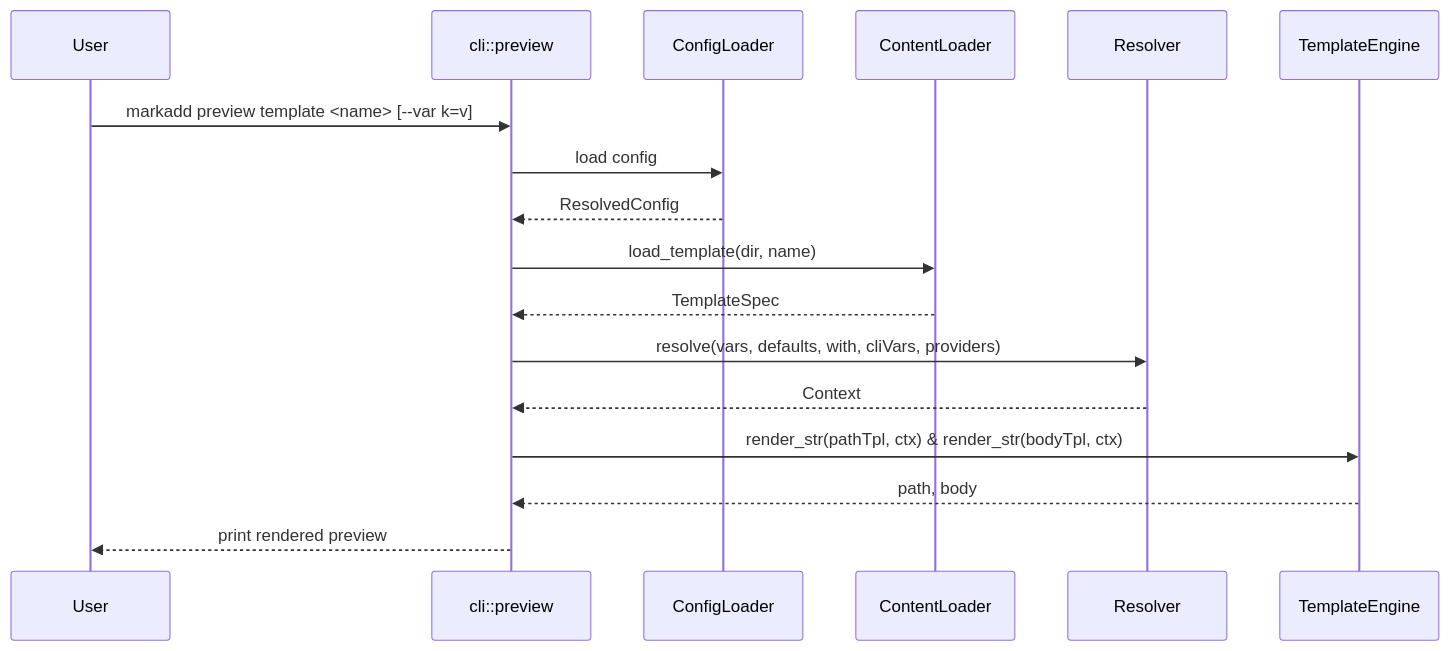
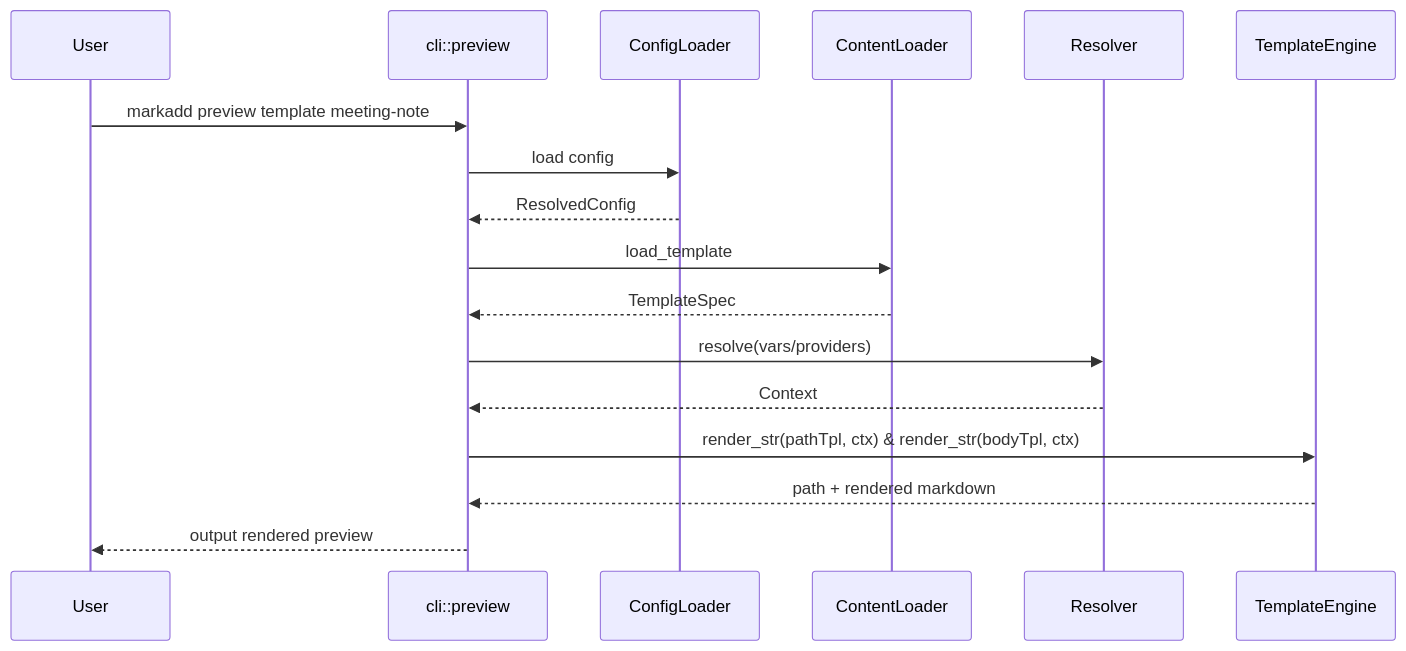
One commit to agustinvalencia/mdvault changed the eighth of 22 diagrams in docs/01_development_plan.md. Above: the diagram before and after it, drawn with Mermaid. The commit also changed other lines of this file and 1 other file, not shown here.

````diff
--- a/docs/01_development_plan.md
+++ b/docs/01_development_plan.md
@@ -208,20 +218,20 @@
 ```mermaid
 sequenceDiagram
   participant User
   participant CLI as cli::preview
   participant CFG as ConfigLoader
   participant CTL as ContentLoader
   participant RES as Resolver
   participant TPL as TemplateEngine
 
-  User->>CLI: markadd preview template <name> [--var k=v]
+  User->>CLI: markadd preview template meeting-note
   CLI->>CFG: load config
   CFG-->>CLI: ResolvedConfig
-  CLI->>CTL: load_template(dir, name)
+  CLI->>CTL: load_template
   CTL-->>CLI: TemplateSpec
-  CLI->>RES: resolve(vars, defaults, with, cliVars, providers)
+  CLI->>RES: resolve(vars/providers)
   RES-->>CLI: Context
   CLI->>TPL: render_str(pathTpl, ctx) & render_str(bodyTpl, ctx)
-  TPL-->>CLI: path, body
-  CLI-->>User: print rendered preview
+  TPL-->>CLI: path + rendered markdown
+  CLI-->>User: output rendered preview
 ```
````
